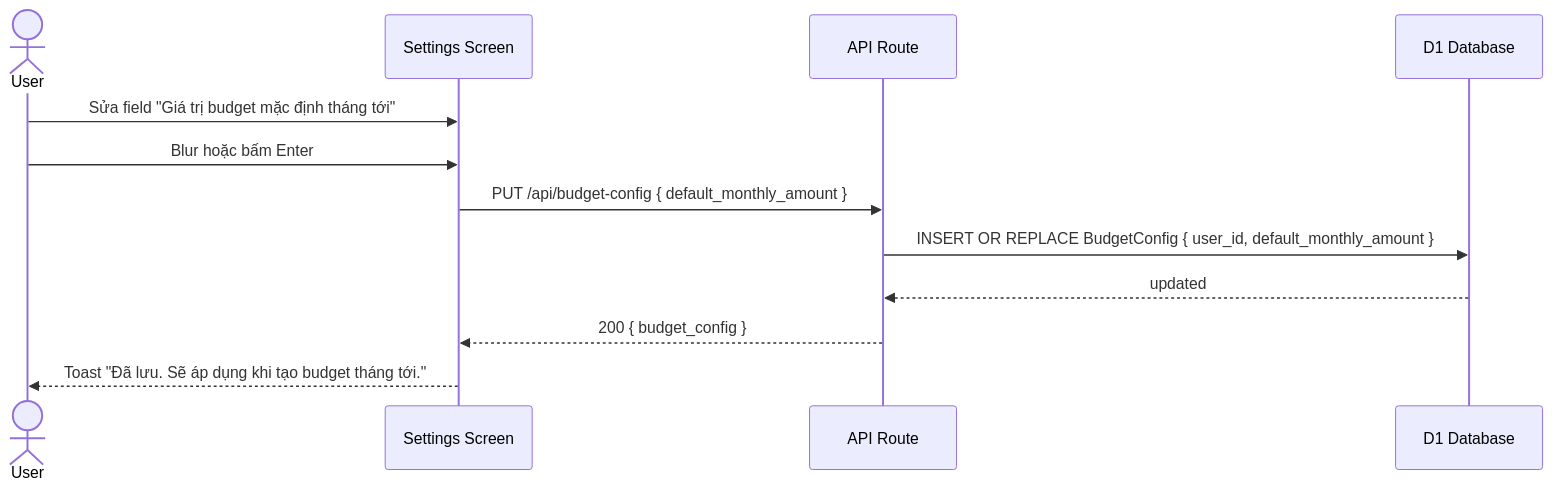
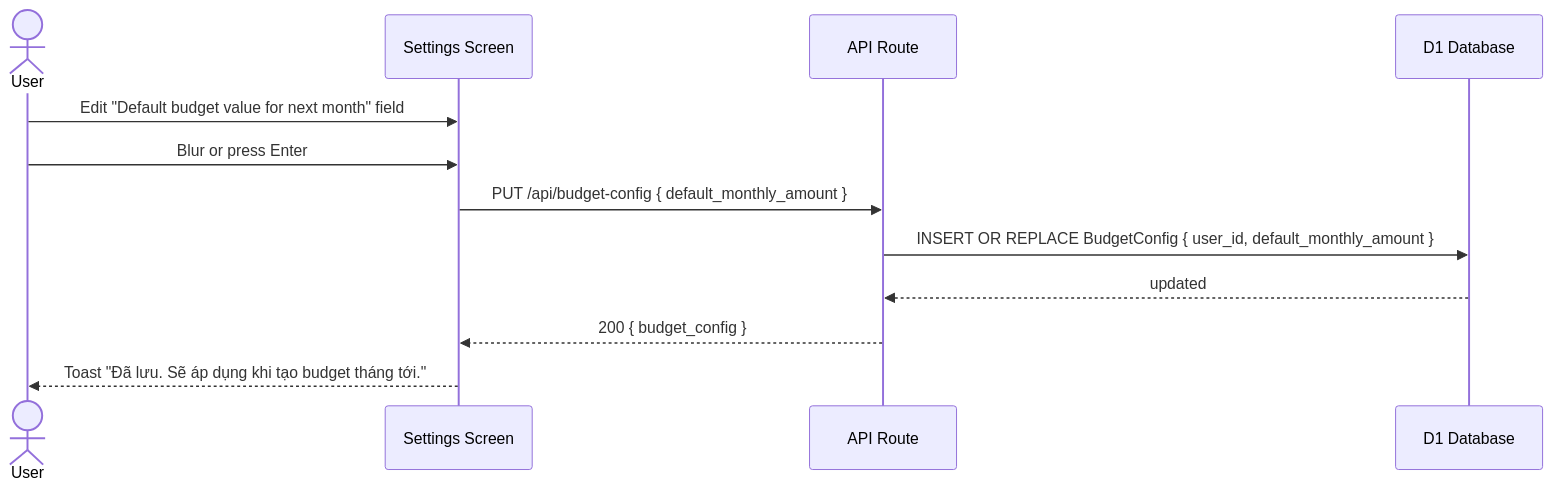
The tenth of 10 diagrams in docs/FLOWS.md (niits/personal-finance), drawn with Mermaid before and after one commit. The commit also changed other lines of this file and 3 other files, not shown here.

````diff
--- a/docs/FLOWS.md
+++ b/docs/FLOWS.md
@@ -284,16 +284,16 @@
 ```mermaid
 sequenceDiagram
     actor User
     participant Settings as Settings Screen
     participant API as API Route
     participant DB as D1 Database
 
-    User->>Settings: Sửa field "Giá trị budget mặc định tháng tới"
-    User->>Settings: Blur hoặc bấm Enter
+    User->>Settings: Edit "Default budget value for next month" field
+    User->>Settings: Blur or press Enter
 
     Settings->>API: PUT /api/budget-config { default_monthly_amount }
     API->>DB: INSERT OR REPLACE BudgetConfig { user_id, default_monthly_amount }
     DB-->>API: updated
     API-->>Settings: 200 { budget_config }
     Settings-->>User: Toast "Đã lưu. Sẽ áp dụng khi tạo budget tháng tới."
 ```
````
